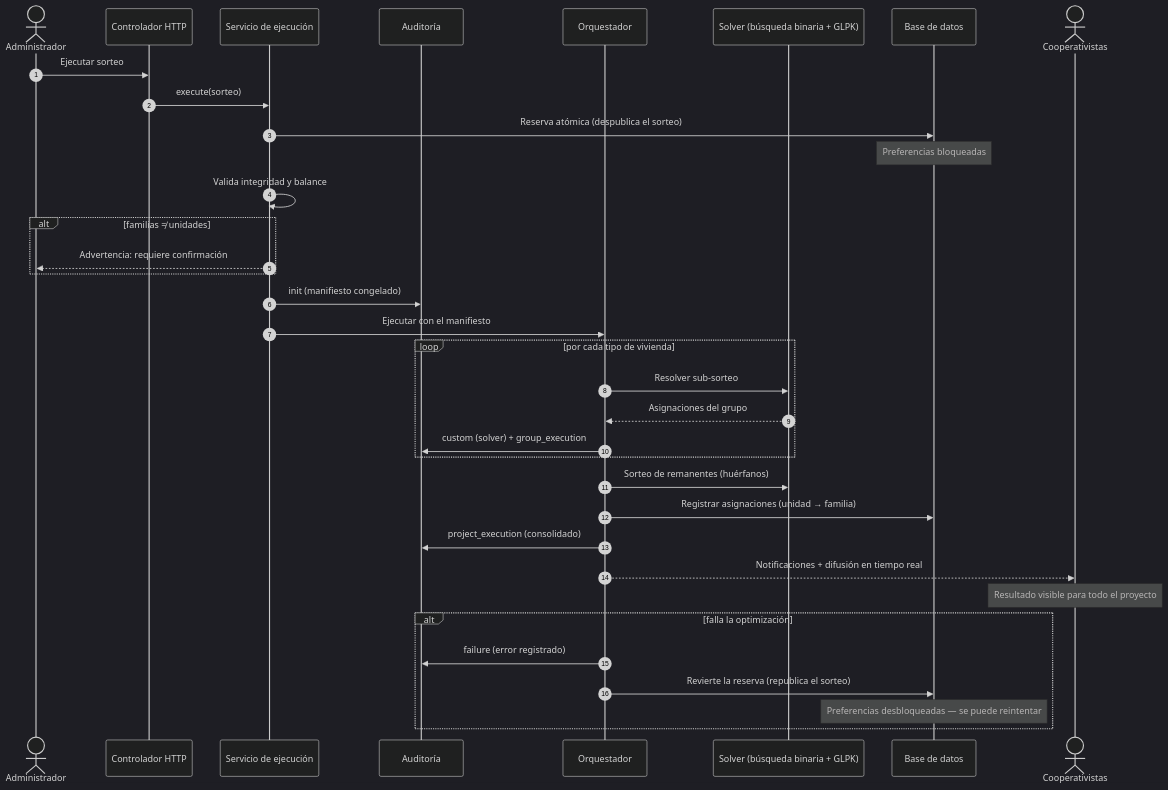
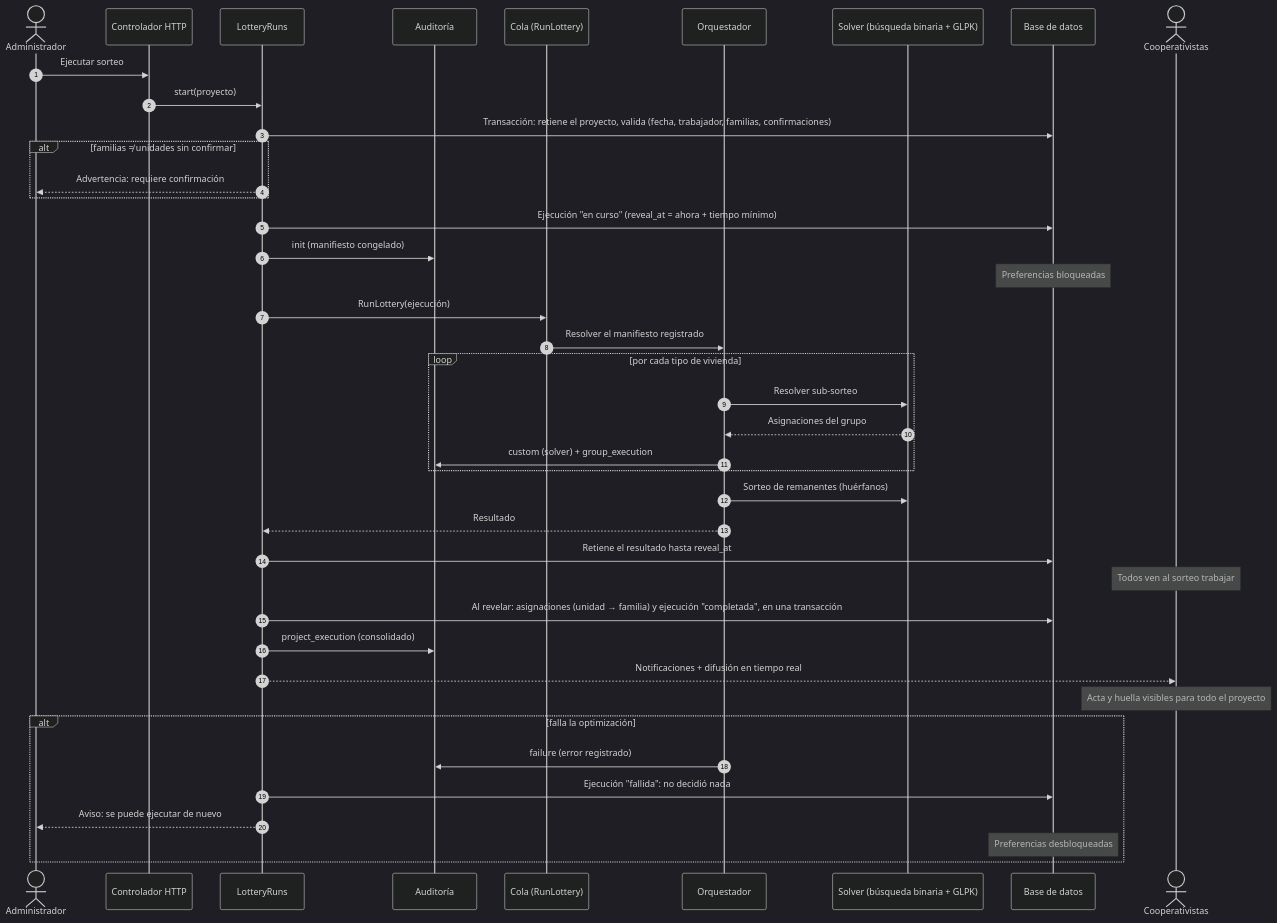
Before and after one commit to devvir/mtav: the diagram in documentation/thesis/assets/secuencia-sorteo.mmd, drawn with Mermaid (dark theme). The commit also changed 14 other files, not shown here.

```diff
--- a/documentation/thesis/assets/secuencia-sorteo.mmd
+++ b/documentation/thesis/assets/secuencia-sorteo.mmd
@@ -1,36 +1,42 @@
 sequenceDiagram
     autonumber
     actor Admin as Administrador
     participant HTTP as Controlador HTTP
-    participant Exec as Servicio de ejecución
+    participant Runs as LotteryRuns
     participant Audit as Auditoría
+    participant Cola as Cola (RunLottery)
     participant Orch as Orquestador
     participant Solver as Solver (búsqueda binaria + GLPK)
     participant BD as Base de datos
     actor Coop as Cooperativistas
 
     Admin->>HTTP: Ejecutar sorteo
-    HTTP->>Exec: execute(sorteo)
-    Exec->>BD: Reserva atómica (despublica el sorteo)
+    HTTP->>Runs: start(proyecto)
+    Runs->>BD: Transacción: retiene el proyecto, valida (fecha, trabajador, familias, confirmaciones)
+    alt familias ≠ unidades sin confirmar
+        Runs-->>Admin: Advertencia: requiere confirmación
+    end
+    Runs->>BD: Ejecución "en curso" (reveal_at = ahora + tiempo mínimo)
+    Runs->>Audit: init (manifiesto congelado)
     Note over BD: Preferencias bloqueadas
-    Exec->>Exec: Valida integridad y balance
-    alt familias ≠ unidades
-        Exec-->>Admin: Advertencia: requiere confirmación
-    end
-    Exec->>Audit: init (manifiesto congelado)
-    Exec->>Orch: Ejecutar con el manifiesto
+    Runs->>Cola: RunLottery(ejecución)
+    Cola->>Orch: Resolver el manifiesto registrado
     loop por cada tipo de vivienda
         Orch->>Solver: Resolver sub-sorteo
         Solver-->>Orch: Asignaciones del grupo
         Orch->>Audit: custom (solver) + group_execution
     end
     Orch->>Solver: Sorteo de remanentes (huérfanos)
-    Orch->>BD: Registrar asignaciones (unidad → familia)
-    Orch->>Audit: project_execution (consolidado)
-    Orch-->>Coop: Notificaciones + difusión en tiempo real
-    Note over Coop: Resultado visible para todo el proyecto
+    Orch-->>Runs: Resultado
+    Runs->>BD: Retiene el resultado hasta reveal_at
+    Note over Coop: Todos ven al sorteo trabajar
+    Runs->>BD: Al revelar: asignaciones (unidad → familia) y ejecución "completada", en una transacción
+    Runs->>Audit: project_execution (consolidado)
+    Runs-->>Coop: Notificaciones + difusión en tiempo real
+    Note over Coop: Acta y huella visibles para todo el proyecto
     alt falla la optimización
         Orch->>Audit: failure (error registrado)
-        Orch->>BD: Revierte la reserva (republica el sorteo)
-        Note over BD: Preferencias desbloqueadas — se puede reintentar
+        Runs->>BD: Ejecución "fallida": no decidió nada
+        Runs-->>Admin: Aviso: se puede ejecutar de nuevo
+        Note over BD: Preferencias desbloqueadas
     end
```
